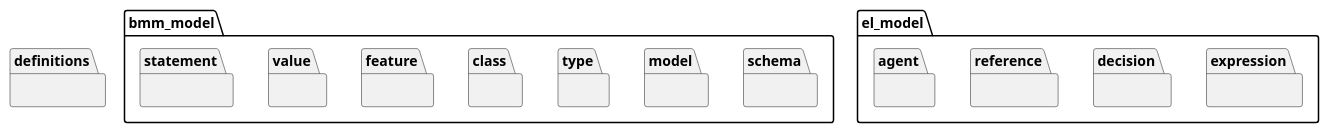
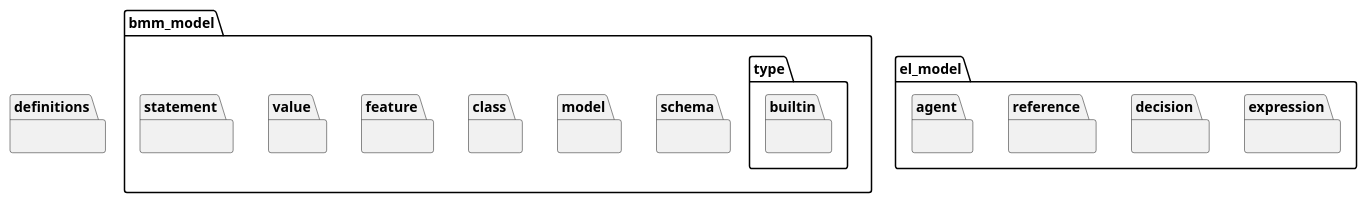
The diagram in modules/ROOT/examples/bmm/languages/bmm/bmm-package-uml.adoc (wolandscat/openehr-doc), drawn with PlantUML before and after one commit. The commit also changed 541 other files, not shown here.

Commit message:
Regen with override markers, and override relations removed from UML.

```diff
--- a/modules/ROOT/examples/bmm/languages/bmm/bmm-package-uml.adoc
+++ b/modules/ROOT/examples/bmm/languages/bmm/bmm-package-uml.adoc
@@ -3,43 +3,43 @@
 [plantuml,opts=interactive,link=self]
 ....
 skinparam groupInheritance 2
 skinparam citedClassColor #FDFDFD
 
 
 package definitions {
 }
 
 package bmm_model.schema {
 }
 
 package bmm_model.model {
 }
 
-package bmm_model.type {
+package bmm_model.type.builtin {
 }
 
 package bmm_model.class {
 }
 
 package bmm_model.feature {
 }
 
 package bmm_model.value {
 }
 
 package bmm_model.statement {
 }
 
 package el_model.expression {
 }
 
 package el_model.decision {
 }
 
 package el_model.reference {
 }
 
 package el_model.agent {
 }
 
 ....
```
